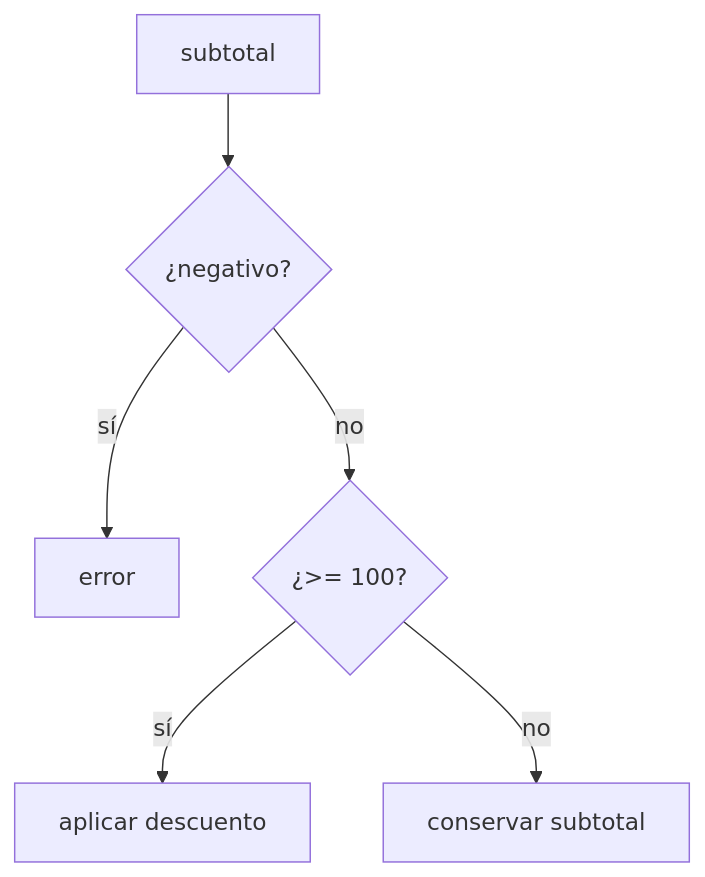
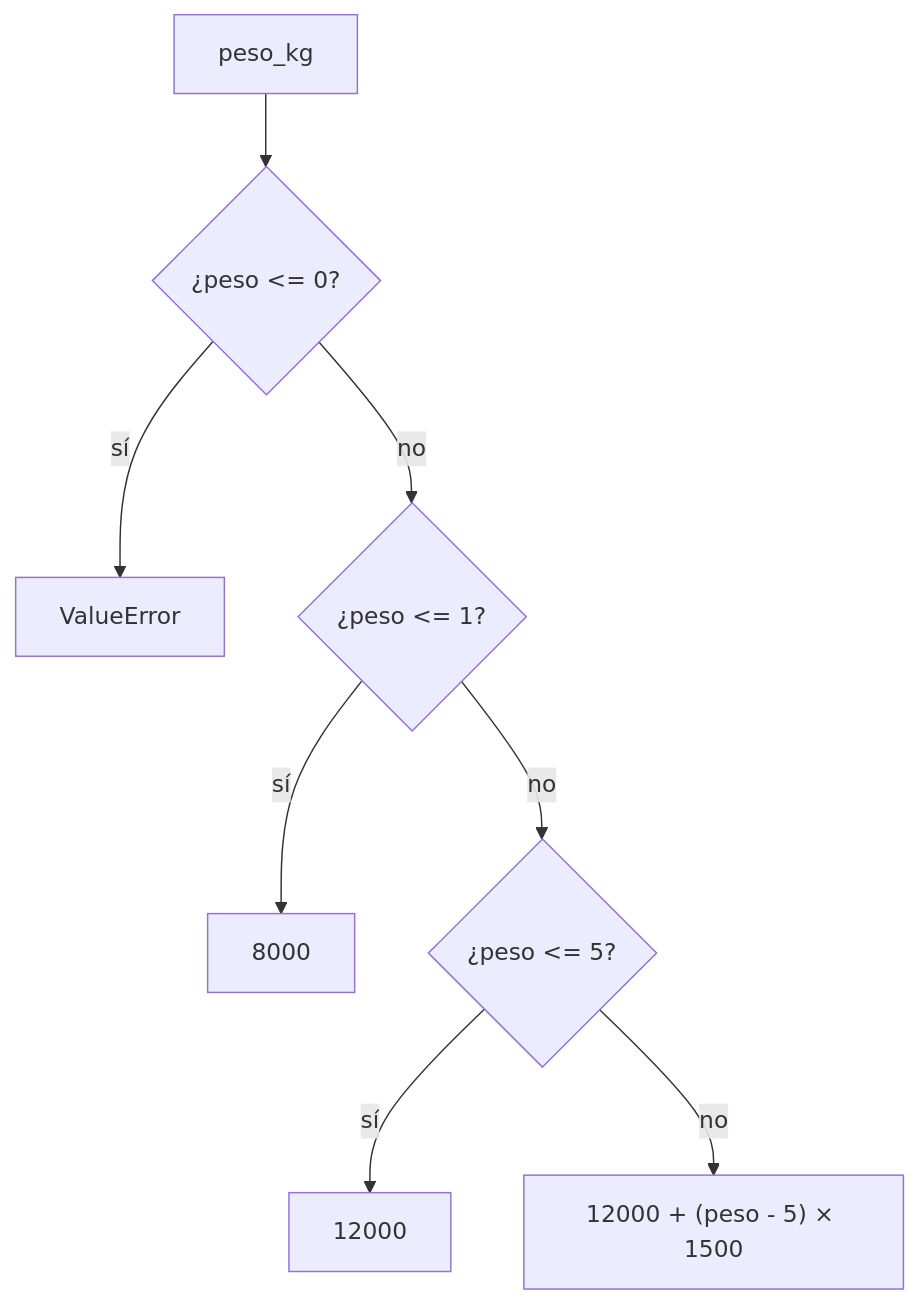
One commit to NICORUIZ93/The_Imperial_Book changed the third of 10 diagrams in web/public/content/foundations/modulo-1.md. Above: the diagram before and after it, drawn with Mermaid. The commit also changed other lines of this file and 1 other file, not shown here.

````diff
--- a/web/public/content/foundations/modulo-1.md
+++ b/web/public/content/foundations/modulo-1.md
@@ -478,8 +551,10 @@
 ```mermaid
 flowchart TD
-    VALUE["subtotal"] --> INVALID{"¿negativo?"}
-    INVALID -->|"sí"| ERROR["error"]
-    INVALID -->|"no"| LIMIT{"¿>= 100?"}
-    LIMIT -->|"sí"| DISCOUNT["aplicar descuento"]
-    LIMIT -->|"no"| ORIGINAL["conservar subtotal"]
+    P["peso_kg"] --> C0{"¿peso <= 0?"}
+    C0 -->|sí| E["ValueError"]
+    C0 -->|no| C1{"¿peso <= 1?"}
+    C1 -->|sí| T1["8000"]
+    C1 -->|no| C5{"¿peso <= 5?"}
+    C5 -->|sí| T5["12000"]
+    C5 -->|no| TX["12000 + (peso - 5) × 1500"]
 ```
````
